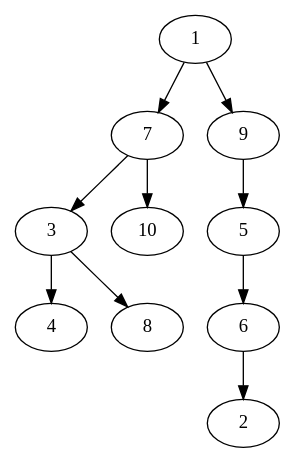
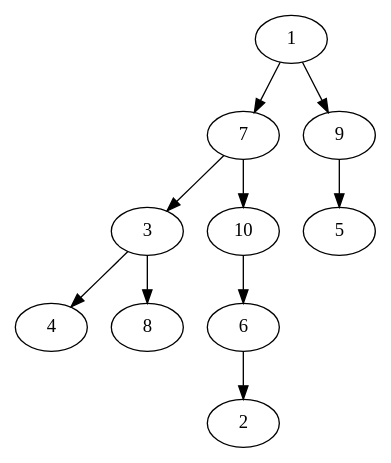
One commit to YiYiXia/Data-Structure-Course-Code changed the diagram in Homework/HW7/pic/7.2_2.dot. Above: the diagram before and after it, drawn with Graphviz. The commit also changed 14 other files, not shown here.

```diff
--- a/Homework/HW7/pic/7.2_2.dot
+++ b/Homework/HW7/pic/7.2_2.dot
@@ -1,11 +1,11 @@
 digraph "G" {
     1 -> 7
     1 -> 9
     7 -> 3
     7 -> 10
     3 -> 4
     3 -> 8
+    10 -> 6
+    6 -> 2
     9 -> 5
-    5 -> 6
-    6 -> 2
 }
```
